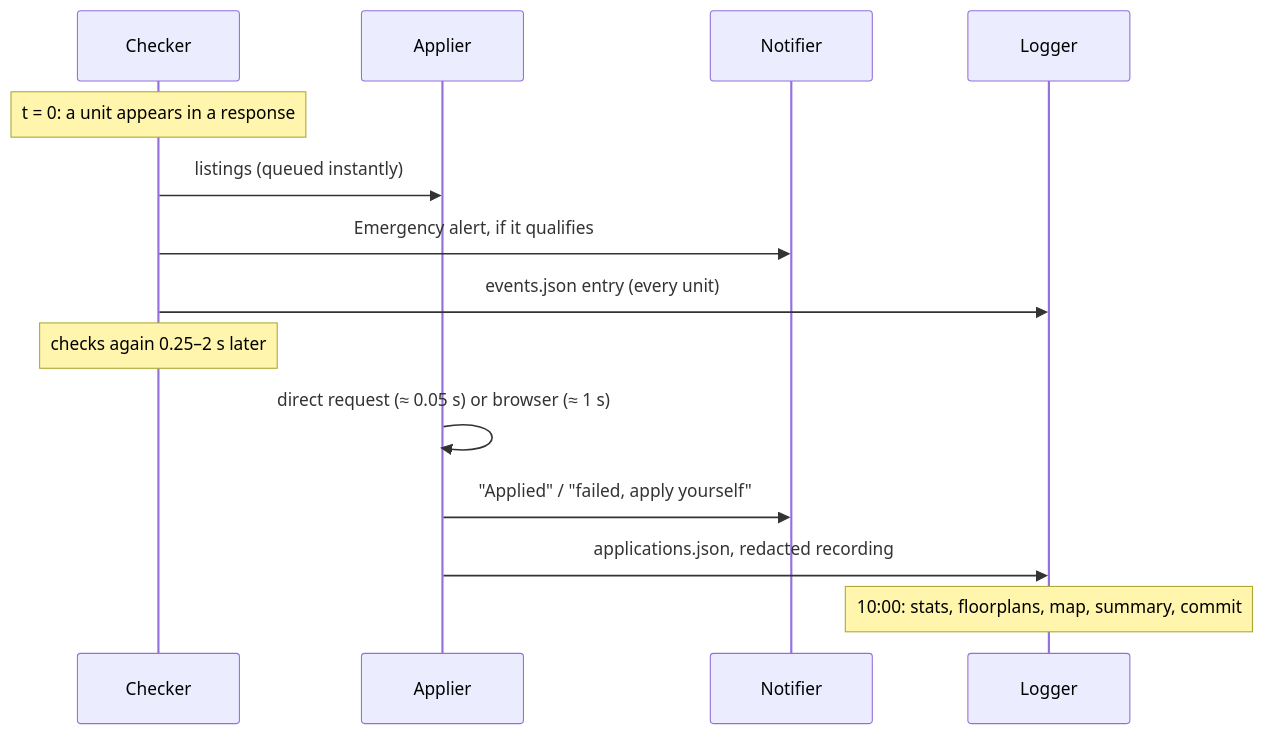
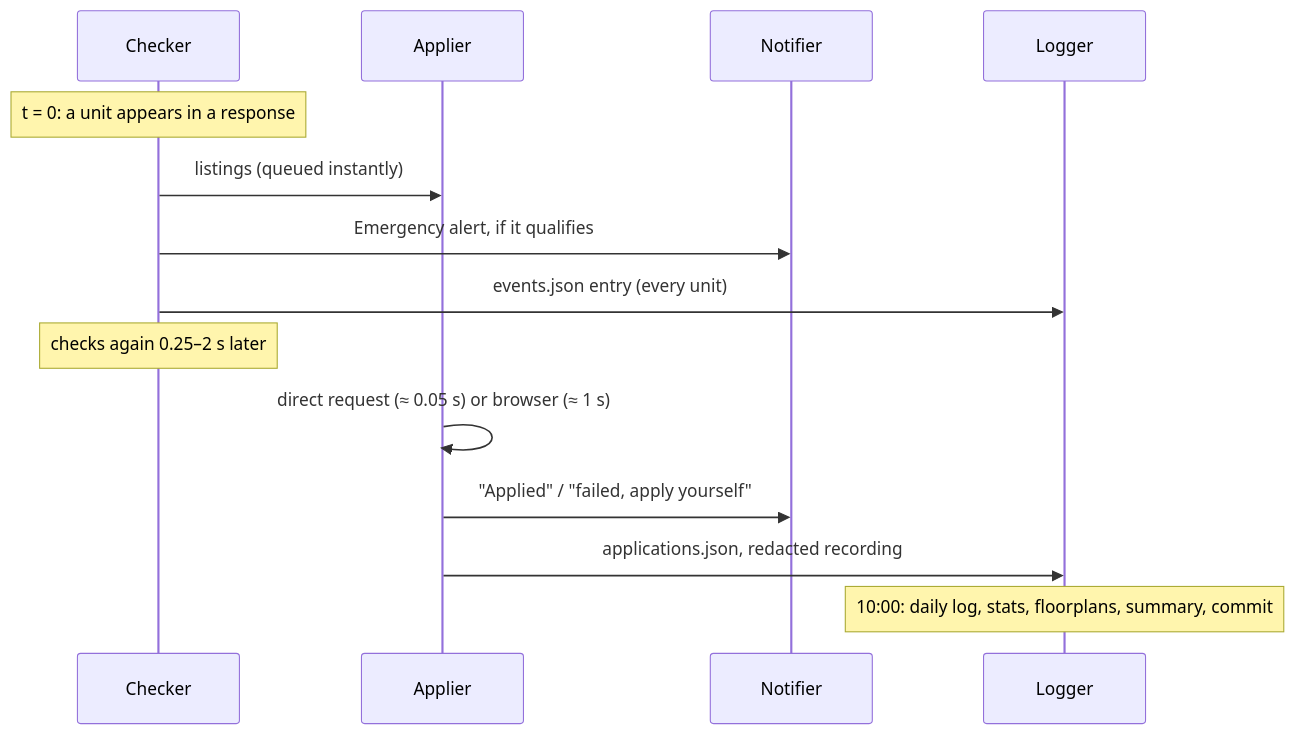
The second of 2 diagrams in docs/architecture.md (cshoffmann/stuytown-affordable-housing-watcher), drawn with Mermaid before and after one commit. The commit also changed other lines of this file and 22 other files, not shown here.

````diff
--- a/docs/architecture.md
+++ b/docs/architecture.md
@@ -44,16 +44,16 @@
 ```mermaid
 sequenceDiagram
     participant C as Checker
     participant A as Applier
     participant N as Notifier
     participant L as Logger
     Note over C: t = 0: a unit appears in a response
     C->>A: listings (queued instantly)
     C->>N: Emergency alert, if it qualifies
     C->>L: events.json entry (every unit)
     Note over C: checks again 0.25–2 s later
     A->>A: direct request (≈ 0.05 s) or browser (≈ 1 s)
     A->>N: "Applied" / "failed, apply yourself"
     A->>L: applications.json, redacted recording
-    Note over L: 10:00: stats, floorplans, map, summary, commit
+    Note over L: 10:00: daily log, stats, floorplans, summary, commit
 ```
````
